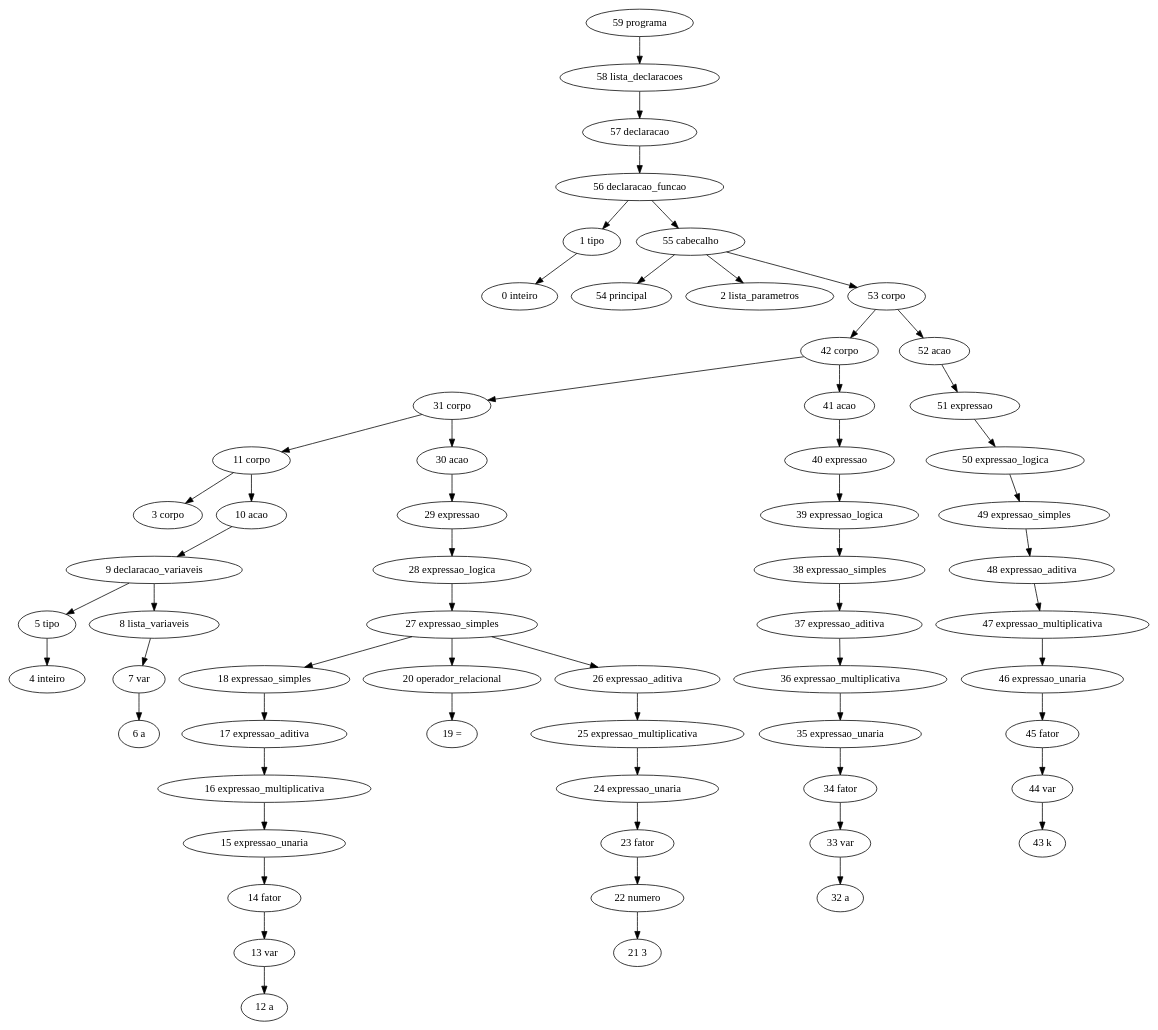
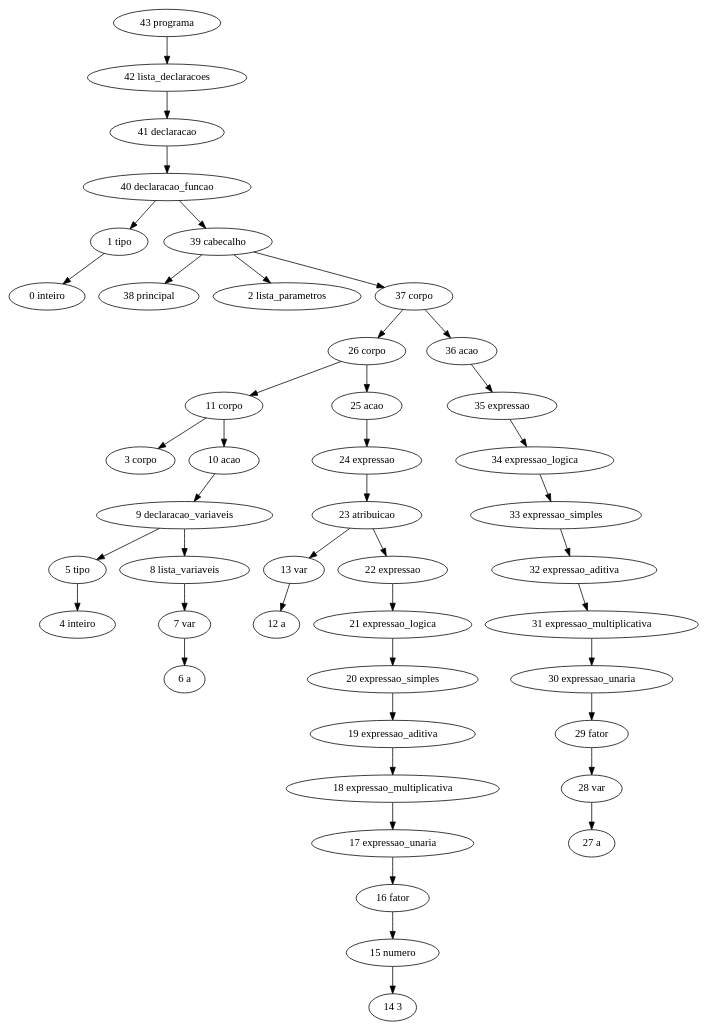
The diagram in BCC__BCC36B__P2__Jorge_1511424/implementacao/Digraph.gv (franzon/compilers), drawn with Graphviz before and after one commit. The commit also changed 5 other files, not shown here.

```diff
--- a/BCC__BCC36B__P2__Jorge_1511424/implementacao/Digraph.gv
+++ b/BCC__BCC36B__P2__Jorge_1511424/implementacao/Digraph.gv
@@ -1,122 +1,90 @@
 // Análise sintática
 digraph {
-	"59 programa"
-	"58 lista_declaracoes"
-	"59 programa" -> "58 lista_declaracoes"
-	"57 declaracao"
-	"58 lista_declaracoes" -> "57 declaracao"
-	"56 declaracao_funcao"
-	"57 declaracao" -> "56 declaracao_funcao"
+	"43 programa"
+	"42 lista_declaracoes"
+	"43 programa" -> "42 lista_declaracoes"
+	"41 declaracao"
+	"42 lista_declaracoes" -> "41 declaracao"
+	"40 declaracao_funcao"
+	"41 declaracao" -> "40 declaracao_funcao"
 	"1 tipo"
-	"56 declaracao_funcao" -> "1 tipo"
+	"40 declaracao_funcao" -> "1 tipo"
 	"0 inteiro"
 	"1 tipo" -> "0 inteiro"
-	"55 cabecalho"
-	"56 declaracao_funcao" -> "55 cabecalho"
-	"54 principal"
-	"55 cabecalho" -> "54 principal"
+	"39 cabecalho"
+	"40 declaracao_funcao" -> "39 cabecalho"
+	"38 principal"
+	"39 cabecalho" -> "38 principal"
 	"2 lista_parametros"
-	"55 cabecalho" -> "2 lista_parametros"
-	"53 corpo"
-	"55 cabecalho" -> "53 corpo"
-	"42 corpo"
-	"53 corpo" -> "42 corpo"
-	"31 corpo"
-	"42 corpo" -> "31 corpo"
+	"39 cabecalho" -> "2 lista_parametros"
+	"37 corpo"
+	"39 cabecalho" -> "37 corpo"
+	"26 corpo"
+	"37 corpo" -> "26 corpo"
 	"11 corpo"
-	"31 corpo" -> "11 corpo"
+	"26 corpo" -> "11 corpo"
 	"3 corpo"
 	"11 corpo" -> "3 corpo"
 	"10 acao"
 	"11 corpo" -> "10 acao"
 	"9 declaracao_variaveis"
 	"10 acao" -> "9 declaracao_variaveis"
 	"5 tipo"
 	"9 declaracao_variaveis" -> "5 tipo"
 	"4 inteiro"
 	"5 tipo" -> "4 inteiro"
 	"8 lista_variaveis"
 	"9 declaracao_variaveis" -> "8 lista_variaveis"
 	"7 var"
 	"8 lista_variaveis" -> "7 var"
 	"6 a"
 	"7 var" -> "6 a"
-	"30 acao"
-	"31 corpo" -> "30 acao"
-	"29 expressao"
-	"30 acao" -> "29 expressao"
-	"28 expressao_logica"
-	"29 expressao" -> "28 expressao_logica"
-	"27 expressao_simples"
-	"28 expressao_logica" -> "27 expressao_simples"
-	"18 expressao_simples"
-	"27 expressao_simples" -> "18 expressao_simples"
-	"17 expressao_aditiva"
-	"18 expressao_simples" -> "17 expressao_aditiva"
-	"16 expressao_multiplicativa"
-	"17 expressao_aditiva" -> "16 expressao_multiplicativa"
-	"15 expressao_unaria"
-	"16 expressao_multiplicativa" -> "15 expressao_unaria"
-	"14 fator"
-	"15 expressao_unaria" -> "14 fator"
+	"25 acao"
+	"26 corpo" -> "25 acao"
+	"24 expressao"
+	"25 acao" -> "24 expressao"
+	"23 atribuicao"
+	"24 expressao" -> "23 atribuicao"
 	"13 var"
-	"14 fator" -> "13 var"
+	"23 atribuicao" -> "13 var"
 	"12 a"
 	"13 var" -> "12 a"
-	"20 operador_relacional"
-	"27 expressao_simples" -> "20 operador_relacional"
-	"19 ="
-	"20 operador_relacional" -> "19 ="
-	"26 expressao_aditiva"
-	"27 expressao_simples" -> "26 expressao_aditiva"
-	"25 expressao_multiplicativa"
-	"26 expressao_aditiva" -> "25 expressao_multiplicativa"
-	"24 expressao_unaria"
-	"25 expressao_multiplicativa" -> "24 expressao_unaria"
-	"23 fator"
-	"24 expressao_unaria" -> "23 fator"
-	"22 numero"
-	"23 fator" -> "22 numero"
-	"21 3"
-	"22 numero" -> "21 3"
-	"41 acao"
-	"42 corpo" -> "41 acao"
-	"40 expressao"
-	"41 acao" -> "40 expressao"
-	"39 expressao_logica"
-	"40 expressao" -> "39 expressao_logica"
-	"38 expressao_simples"
-	"39 expressao_logica" -> "38 expressao_simples"
-	"37 expressao_aditiva"
-	"38 expressao_simples" -> "37 expressao_aditiva"
-	"36 expressao_multiplicativa"
-	"37 expressao_aditiva" -> "36 expressao_multiplicativa"
-	"35 expressao_unaria"
-	"36 expressao_multiplicativa" -> "35 expressao_unaria"
-	"34 fator"
-	"35 expressao_unaria" -> "34 fator"
-	"33 var"
-	"34 fator" -> "33 var"
-	"32 a"
-	"33 var" -> "32 a"
-	"52 acao"
-	"53 corpo" -> "52 acao"
-	"51 expressao"
-	"52 acao" -> "51 expressao"
-	"50 expressao_logica"
-	"51 expressao" -> "50 expressao_logica"
-	"49 expressao_simples"
-	"50 expressao_logica" -> "49 expressao_simples"
-	"48 expressao_aditiva"
-	"49 expressao_simples" -> "48 expressao_aditiva"
-	"47 expressao_multiplicativa"
-	"48 expressao_aditiva" -> "47 expressao_multiplicativa"
-	"46 expressao_unaria"
-	"47 expressao_multiplicativa" -> "46 expressao_unaria"
-	"45 fator"
-	"46 expressao_unaria" -> "45 fator"
-	"44 var"
-	"45 fator" -> "44 var"
-	"43 k"
-	"44 var" -> "43 k"
+	"22 expressao"
+	"23 atribuicao" -> "22 expressao"
+	"21 expressao_logica"
+	"22 expressao" -> "21 expressao_logica"
+	"20 expressao_simples"
+	"21 expressao_logica" -> "20 expressao_simples"
+	"19 expressao_aditiva"
+	"20 expressao_simples" -> "19 expressao_aditiva"
+	"18 expressao_multiplicativa"
+	"19 expressao_aditiva" -> "18 expressao_multiplicativa"
+	"17 expressao_unaria"
+	"18 expressao_multiplicativa" -> "17 expressao_unaria"
+	"16 fator"
+	"17 expressao_unaria" -> "16 fator"
+	"15 numero"
+	"16 fator" -> "15 numero"
+	"14 3"
+	"15 numero" -> "14 3"
+	"36 acao"
+	"37 corpo" -> "36 acao"
+	"35 expressao"
+	"36 acao" -> "35 expressao"
+	"34 expressao_logica"
+	"35 expressao" -> "34 expressao_logica"
+	"33 expressao_simples"
+	"34 expressao_logica" -> "33 expressao_simples"
+	"32 expressao_aditiva"
+	"33 expressao_simples" -> "32 expressao_aditiva"
+	"31 expressao_multiplicativa"
+	"32 expressao_aditiva" -> "31 expressao_multiplicativa"
+	"30 expressao_unaria"
+	"31 expressao_multiplicativa" -> "30 expressao_unaria"
+	"29 fator"
+	"30 expressao_unaria" -> "29 fator"
+	"28 var"
+	"29 fator" -> "28 var"
+	"27 a"
+	"28 var" -> "27 a"
 }
```
